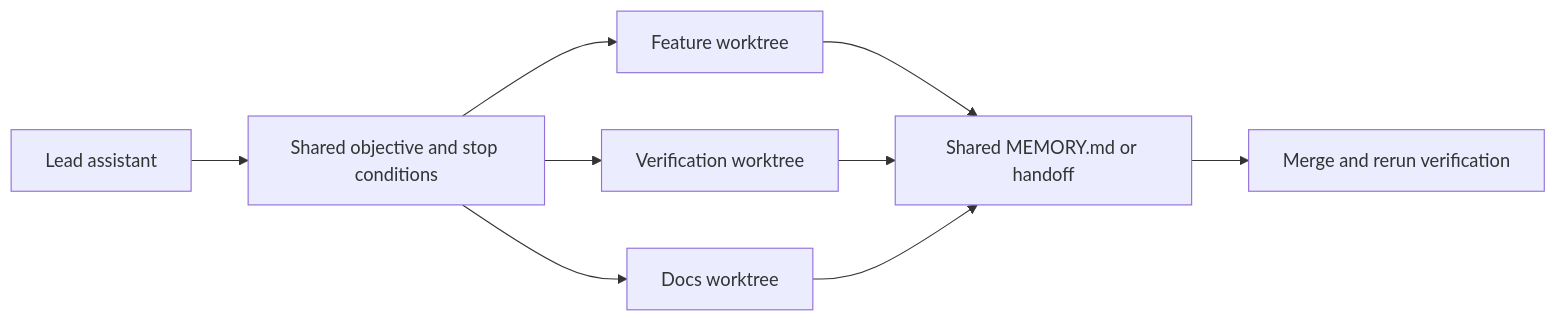
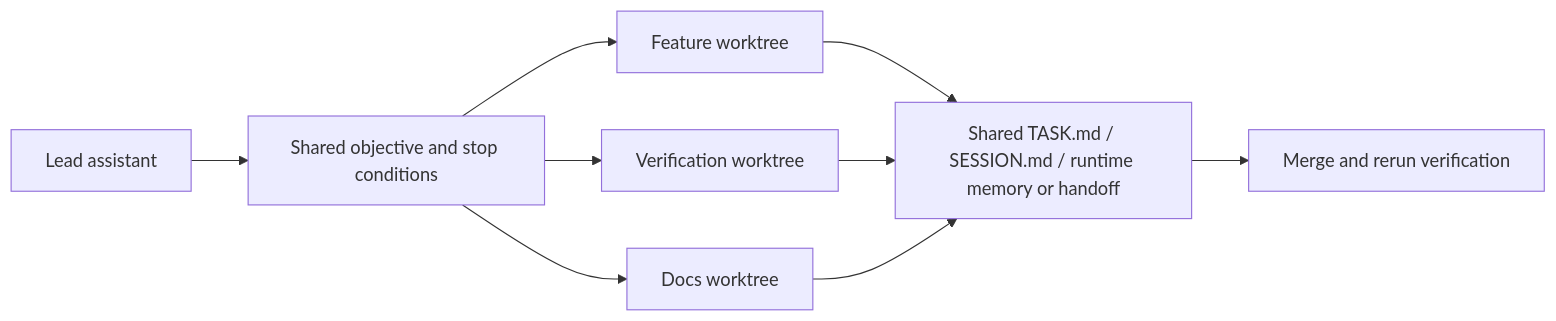
The fourth of 4 diagrams in docs/architecture-mental-model.md (someflydev/agent-context-base), drawn with Mermaid before and after one commit. The commit also changed other lines of this file and 9 other files, not shown here.

````diff
--- a/docs/architecture-mental-model.md
+++ b/docs/architecture-mental-model.md
@@ -51,11 +53,11 @@
 ```mermaid
 flowchart LR
     A[Lead assistant] --> B[Shared objective and stop conditions]
     B --> C[Feature worktree]
     B --> D[Verification worktree]
     B --> E[Docs worktree]
-    C --> F[Shared MEMORY.md or handoff]
+    C --> F[Shared TASK.md / SESSION.md / runtime memory or handoff]
     D --> F
     E --> F
     F --> G[Merge and rerun verification]
 ```
````
